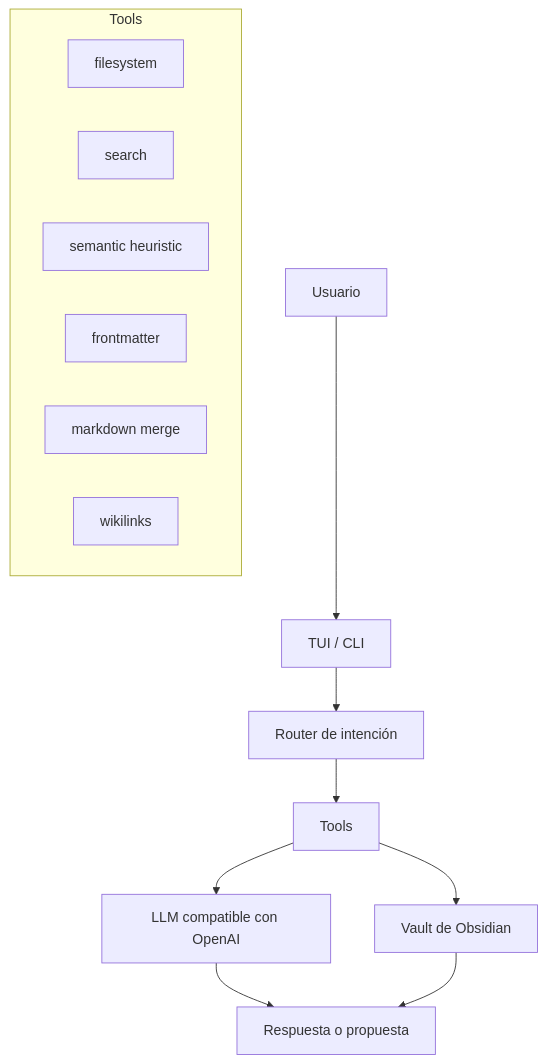
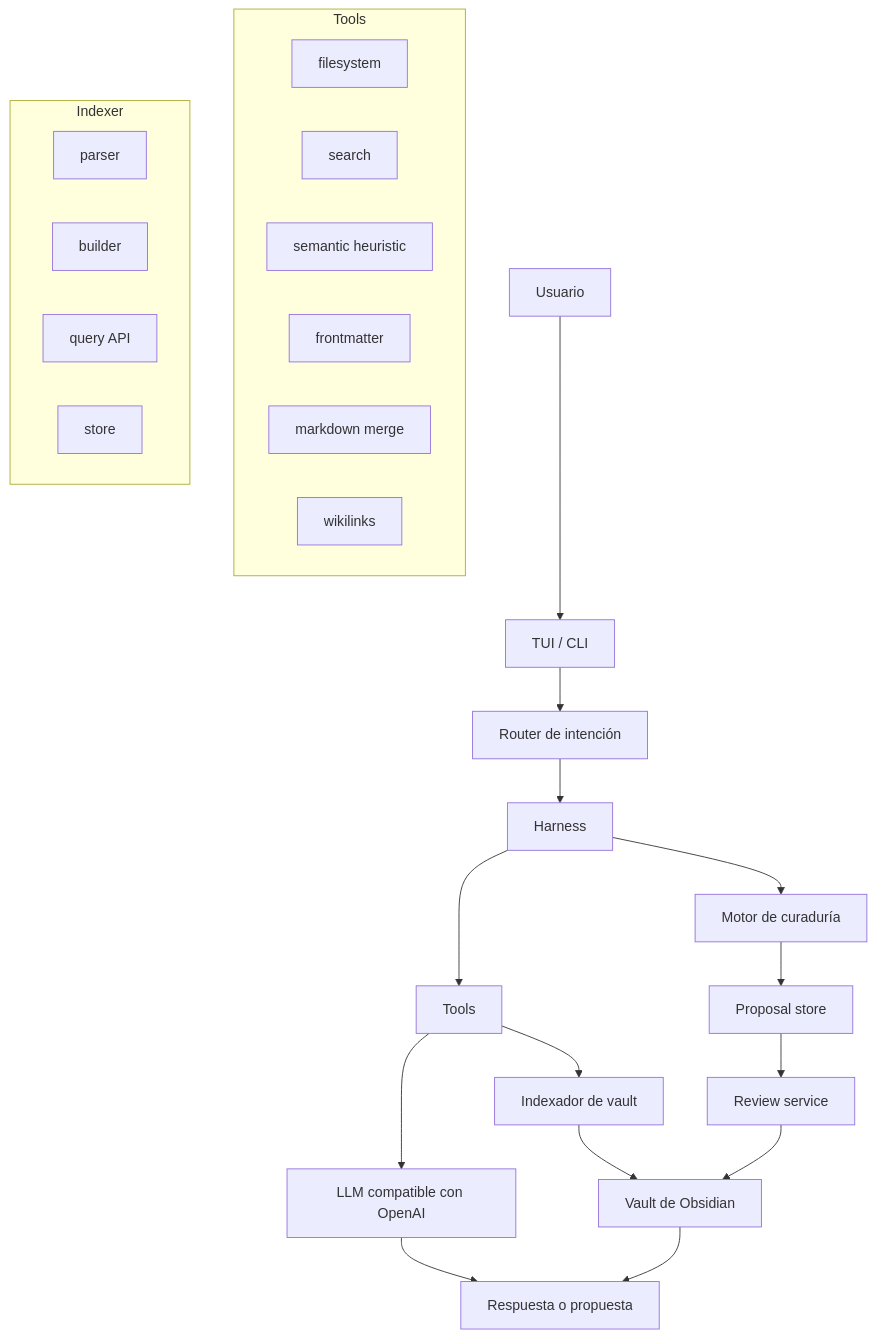
Before and after one commit to Agents4Life/librarian: the diagram in README.es.md, drawn with Mermaid. The commit also changed other lines of this file and 1 other file, not shown here.

First line of the commit message:
docs: refresh README with current project features and architecture

````diff
--- a/README.es.md
+++ b/README.es.md
@@ -198,19 +220,32 @@
 ```mermaid
 flowchart TD
     U[Usuario] --> TUI[TUI / CLI]
     TUI --> R[Router de intención]
-    R --> T[Tools]
+    R --> H[Harness]
+    H --> T[Tools]
+    H --> C[Motor de curaduría]
+    T --> IDX[Indexador de vault]
     T --> LLM[LLM compatible con OpenAI]
-    T --> V[Vault de Obsidian]
+    IDX --> V[Vault de Obsidian]
+    C --> P[Proposal store]
+    P --> REV[Review service]
+    REV --> V
     LLM --> OUT[Respuesta o propuesta]
     V --> OUT
 
     subgraph Tools
         T1[filesystem]
         T2[search]
         T3[semantic heuristic]
         T4[frontmatter]
         T5[markdown merge]
         T6[wikilinks]
     end
+
+    subgraph Indexer
+        I1[parser]
+        I2[builder]
+        I3[query API]
+        I4[store]
+    end
 ```
````
